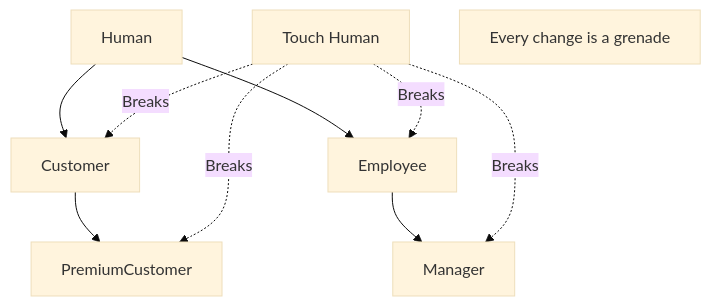
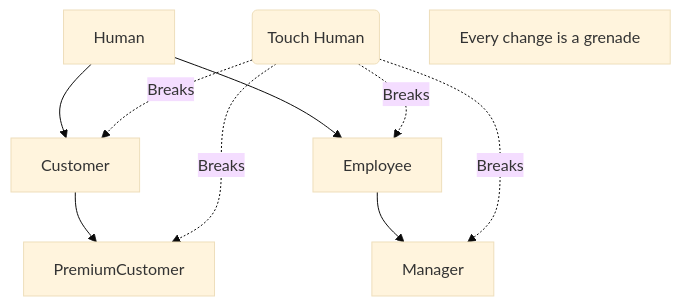
The second of 3 diagrams in content/docs/fundamentals/modeling/2-structs.mdx (Almaju/blog), drawn with Mermaid (base theme) before and after one commit. The commit also changed other lines of this file and 12 other files, not shown here.

First line of the commit message:
feat: add Python examples, trim code blocks, improve diagrams and AI prompt

````diff
--- a/content/docs/fundamentals/modeling/2-structs.mdx
+++ b/content/docs/fundamentals/modeling/2-structs.mdx
@@ -192,17 +209,17 @@
 ```mermaid
 graph TD
     A[Human] --> B[Customer]
     A --> C[Employee]
     B --> D[PremiumCustomer]
     C --> E[Manager]
 
-    F[Touch Human] -.->|Breaks| B
+    F(Touch Human) -.->|Breaks| B
     F -.->|Breaks| C
     F -.->|Breaks| D
     F -.->|Breaks| E
 
     G[Every change is a grenade]
 
-    style F red
-    style G red
+    class F red
+    class G red
 ```
````
